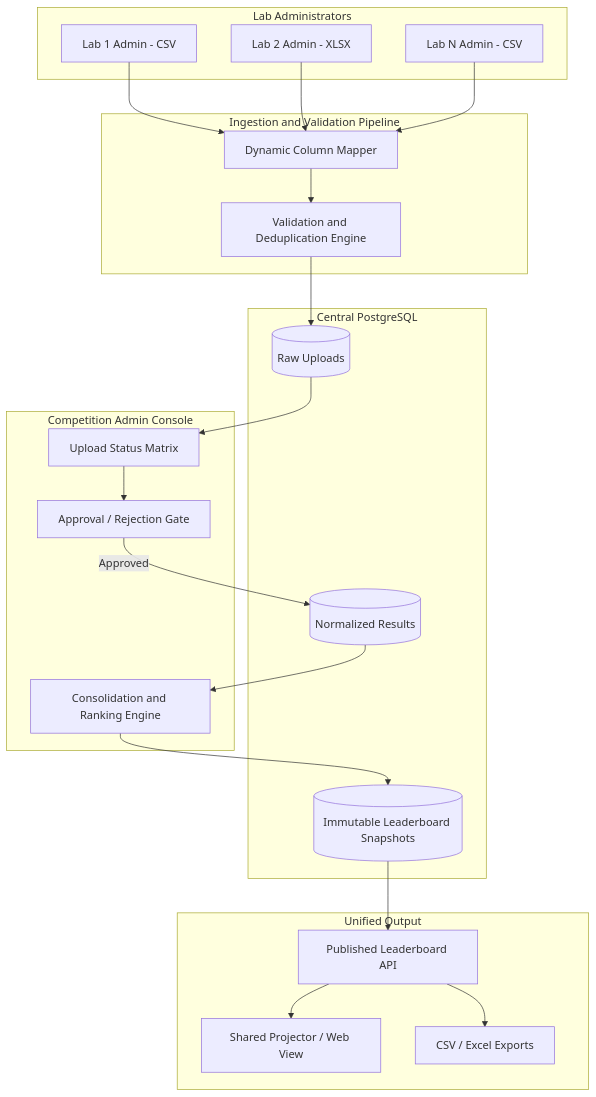
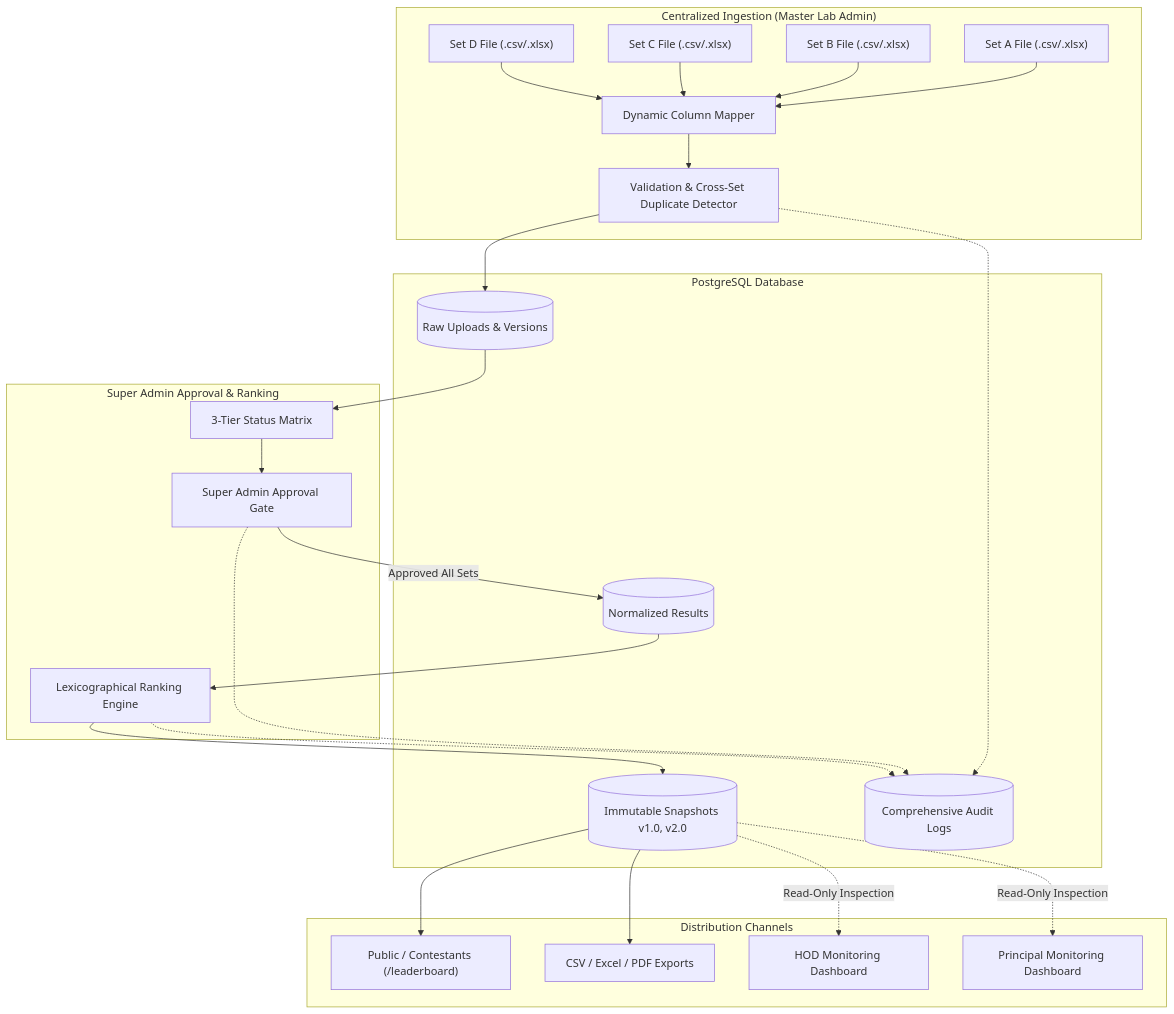
One commit to toxicbishop/CodeClash-LeaderBoard changed the diagram in docs/tech-stack.md. Above: the diagram before and after it, drawn with Mermaid. The commit also changed other lines of this file and 42 other files, not shown here.

Commit message:
feat(v2): implement centralized contest-set model, HackerRank sync, and institutional monitoring

````diff
--- a/docs/tech-stack.md
+++ b/docs/tech-stack.md
@@ -81,42 +129,43 @@
 ```mermaid
 flowchart TD
-    subgraph LabAdmins["Lab Administrators"]
-        L1["Lab 1 Admin - CSV"]
-        L2["Lab 2 Admin - XLSX"]
-        LN["Lab N Admin - CSV"]
+    subgraph Ingestion["Centralized Ingestion (Master Lab Admin)"]
+        S1["Set A File (.csv/.xlsx)"]
+        S2["Set B File (.csv/.xlsx)"]
+        S3["Set C File (.csv/.xlsx)"]
+        S4["Set D File (.csv/.xlsx)"]
+        MAP["Dynamic Column Mapper"]
+        VAL["Validation & Cross-Set Duplicate Detector"]
     end
 
-    subgraph Ingestion["Ingestion and Validation Pipeline"]
-        CM["Dynamic Column Mapper"]
-        VP["Validation and Deduplication Engine"]
+    subgraph Storage["PostgreSQL Database"]
+        RAW[(Raw Uploads & Versions)]
+        NORM[(Normalized Results)]
+        SNAP[(Immutable Snapshots v1.0, v2.0)]
+        AUDIT[(Comprehensive Audit Logs)]
     end
 
-    subgraph Database["Central PostgreSQL"]
-        RAW[(Raw Uploads)]
-        NORM[(Normalized Results)]
-        SNAP[(Immutable Leaderboard Snapshots)]
+    subgraph Administration["Super Admin Approval & Ranking"]
+        MAT["3-Tier Status Matrix"]
+        APP_GATE["Super Admin Approval Gate"]
+        RANK_ENG["Lexicographical Ranking Engine"]
     end
 
-    subgraph AdminConsole["Competition Admin Console"]
-        MON["Upload Status Matrix"]
-        REV["Approval / Rejection Gate"]
-        RANK["Consolidation and Ranking Engine"]
+    subgraph Dissemination["Distribution Channels"]
+        PUB_VIEW["Public / Contestants (/leaderboard)"]
+        EXP["CSV / Excel / PDF Exports"]
+        HOD_DASH["HOD Monitoring Dashboard"]
+        PRIN_DASH["Principal Monitoring Dashboard"]
     end
 
-    subgraph Output["Unified Output"]
-        PUB["Published Leaderboard API"]
-        DISP["Shared Projector / Web View"]
-        EXP["CSV / Excel Exports"]
-    end
-
-    L1 & L2 & LN --> CM
-    CM --> VP
-    VP --> RAW
-    RAW --> MON
-    MON --> REV
-    REV -->|Approved| NORM
-    NORM --> RANK
-    RANK --> SNAP
-    SNAP --> PUB
-    PUB --> DISP & EXP
+    S1 & S2 & S3 & S4 --> MAP
+    MAP --> VAL
+    VAL --> RAW
+    RAW --> MAT
+    MAT --> APP_GATE
+    APP_GATE -->|Approved All Sets| NORM
+    NORM --> RANK_ENG
+    RANK_ENG --> SNAP
+    SNAP --> PUB_VIEW & EXP
+    SNAP -.->|Read-Only Inspection| HOD_DASH & PRIN_DASH
+    VAL & APP_GATE & RANK_ENG -.-> AUDIT
 ```
````
